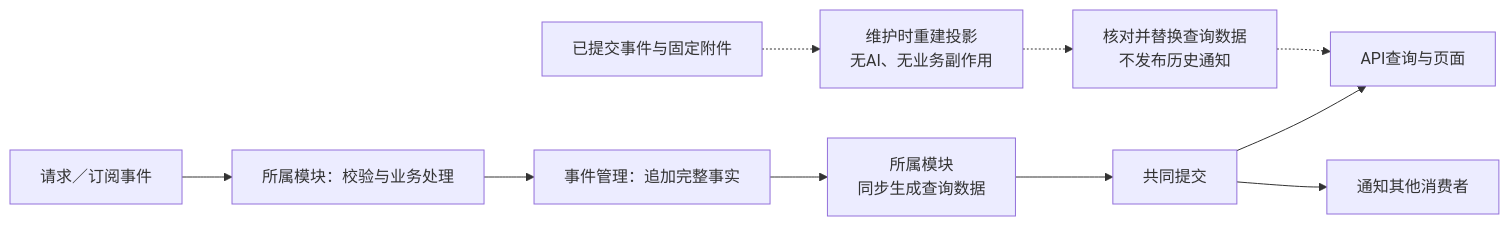
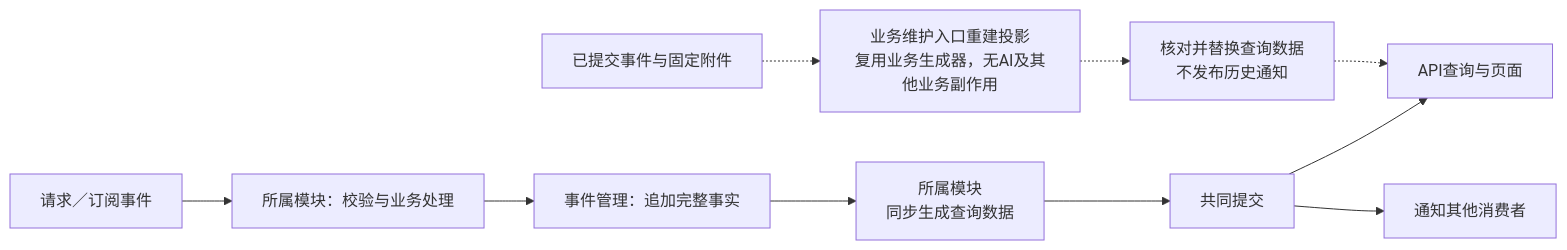
Before and after one commit to ivgotcrazy/deermind: the third of 11 diagrams in doc/mvp/m1/engineering/System_Design.md, drawn with Mermaid. The commit also changed other lines of this file and 45 other files, not shown here.

````diff
--- a/doc/mvp/m1/engineering/System_Design.md
+++ b/doc/mvp/m1/engineering/System_Design.md
@@ -161,11 +161,11 @@
 ```mermaid
 flowchart LR
     C["请求／订阅事件"] --> O["所属模块：校验与业务处理"]
     O --> E["事件管理：追加完整事实"]
     E --> P["所属模块<br/>同步生成查询数据"] --> COMMIT["共同提交"]
     COMMIT --> U["API查询与页面"]
     COMMIT --> N["通知其他消费者"]
-    H["已提交事件与固定附件"] -.-> R["维护时重建投影<br/>无AI、无业务副作用"]
+    H["已提交事件与固定附件"] -.-> R["业务维护入口重建投影<br/>复用业务生成器，无AI及其他业务副作用"]
     R -.-> V["核对并替换查询数据<br/>不发布历史通知"]
     V -.-> U
 ```
````
